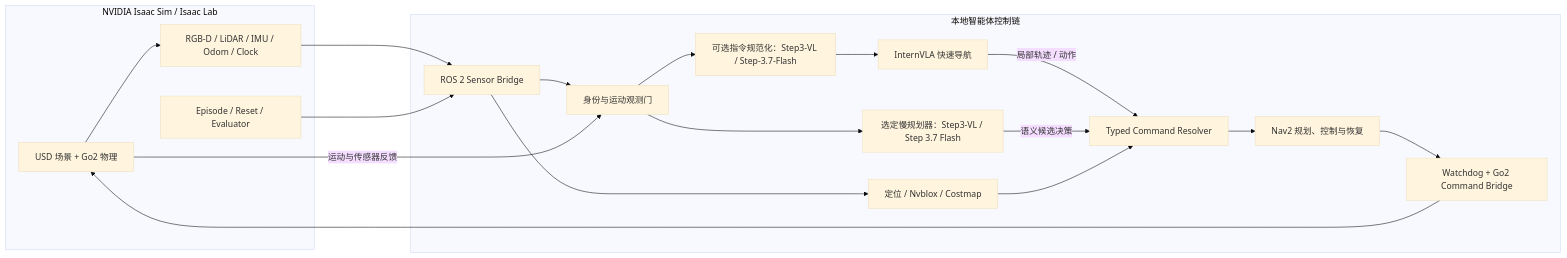
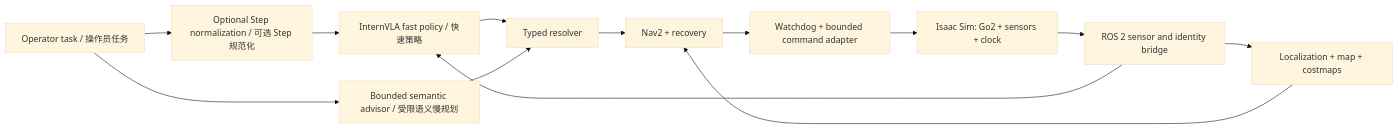
The diagram in README.md (strTATQwQ/E-MARS), drawn with Mermaid (base theme) before and after one commit. The commit also changed other lines of this file and 3 other files, not shown here.

````diff
--- a/README.md
+++ b/README.md
@@ -38,32 +48,15 @@
 ```mermaid
 flowchart LR
-    subgraph Sim["NVIDIA Isaac Sim / Isaac Lab"]
-        World["USD 场景 + Go2 物理"]
-        Sensors["RGB-D / LiDAR / IMU / Odom / Clock"]
-        Episode["Episode / Reset / Evaluator"]
-    end
-
-    subgraph Agent["本地智能体控制链"]
-        Bridge["ROS 2 Sensor Bridge"]
-        Gate["身份与运动观测门"]
-        Normalize["可选指令规范化：Step3-VL / Step-3.7-Flash"]
-        InternVLA["InternVLA 快速导航"]
-        Slow["选定慢规划器：Step3-VL / Step 3.7 Flash"]
-        Resolver["Typed Command Resolver"]
-        Mapping["定位 / Nvblox / Costmap"]
-        Nav2["Nav2 规划、控制与恢复"]
-        Controller["Watchdog + Go2 Command Bridge"]
-    end
-
-    World --> Sensors --> Bridge
-    Episode --> Bridge
-    Bridge --> Gate
-    Bridge --> Mapping
-    Gate --> Normalize --> InternVLA
-    Gate --> Slow
-    InternVLA -->|"局部轨迹 / 动作"| Resolver
-    Slow -->|"语义候选决策"| Resolver
-    Mapping --> Resolver
-    Resolver --> Nav2 --> Controller --> World
-    World -->|"运动与传感器反馈"| Gate
+    UI["Operator task / 操作员任务"] --> N["Optional Step normalization / 可选 Step 规范化"]
+    N --> VLA["InternVLA fast policy / 快速策略"]
+    UI --> SLOW["Bounded semantic advisor / 受限语义慢规划"]
+    ISAAC["Isaac Sim: Go2 + sensors + clock"] --> ROS["ROS 2 sensor and identity bridge"]
+    ROS --> VLA
+    ROS --> MAP["Localization + map + costmaps"]
+    VLA --> RES["Typed resolver"]
+    SLOW --> RES
+    MAP --> NAV2["Nav2 + recovery"]
+    RES --> NAV2
+    NAV2 --> SAFE["Watchdog + bounded command adapter"]
+    SAFE --> ISAAC
 ```
````
